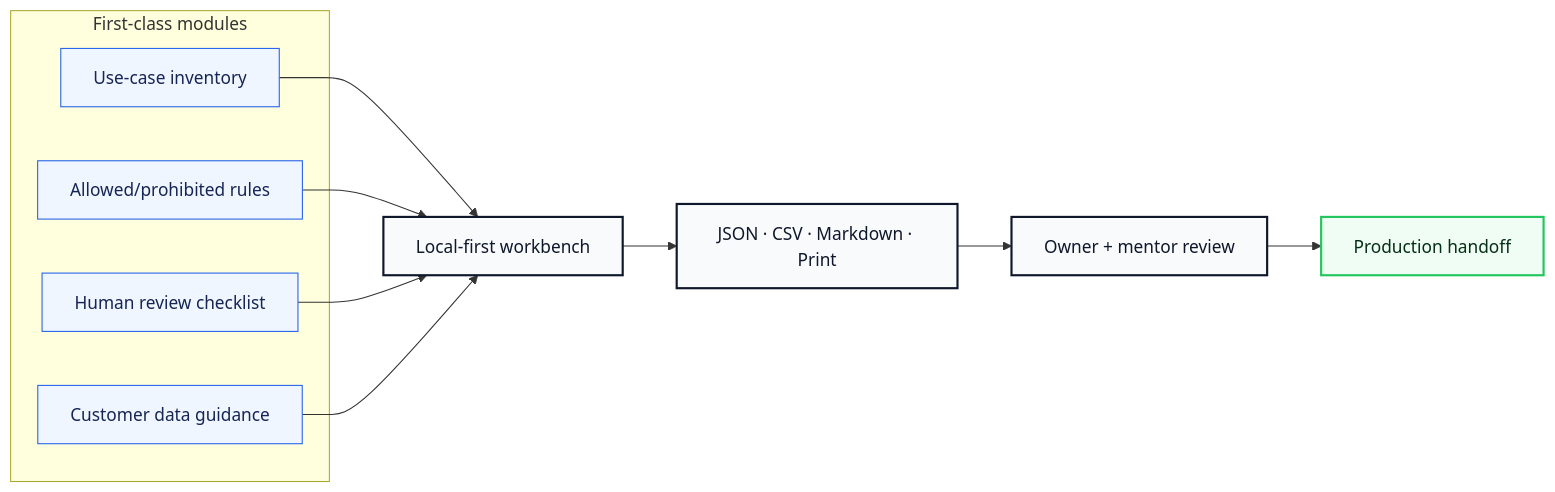
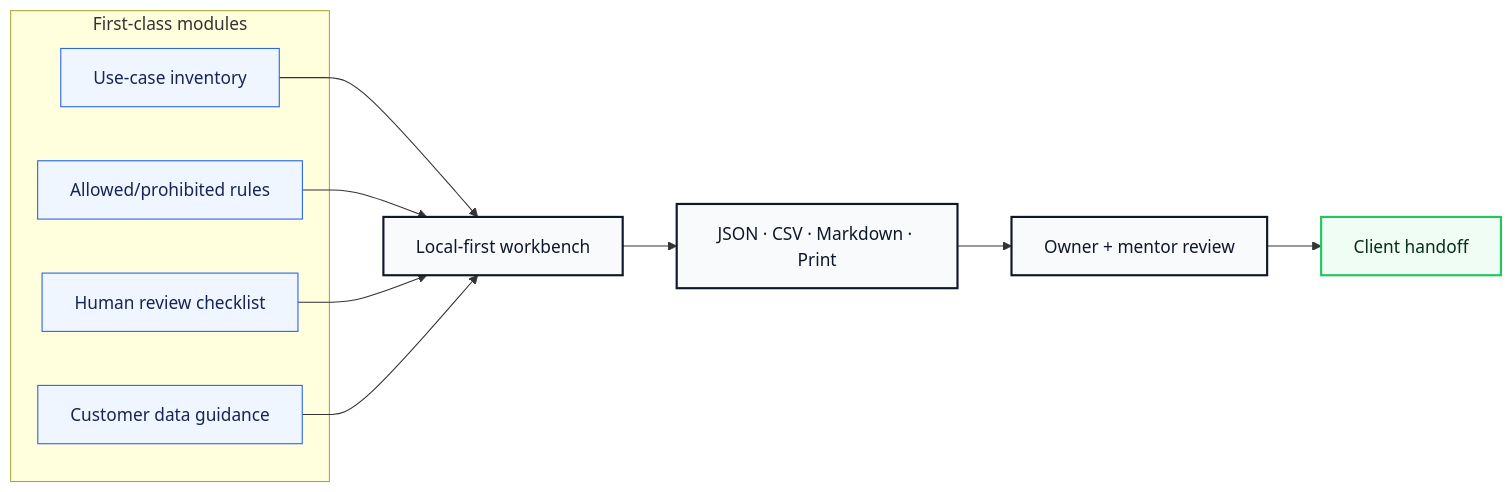
Before and after one commit to volta-npo/ai-policy-starter: the second of 3 diagrams in README.md, drawn with Mermaid. The commit also changed other lines of this file and 28 other files, not shown here.

````diff
--- a/README.md
+++ b/README.md
@@ -64,23 +64,23 @@
 ```mermaid
 flowchart LR
     subgraph Modules["First-class modules"]
         M1["Use-case inventory"]
         M2["Allowed/prohibited rules"]
         M3["Human review checklist"]
         M4["Customer data guidance"]
     end
     M1 --> Workbench
     M2 --> Workbench
     M3 --> Workbench
     M4 --> Workbench
     Workbench["Local-first workbench"] --> Exports["JSON · CSV · Markdown · Print"]
     Exports --> Review["Owner + mentor review"]
-    Review --> Launch["Production handoff"]
+    Review --> Launch["Client handoff"]
 
     classDef module fill:#eff6ff,stroke:#2563eb,color:#172554;
     classDef app fill:#f8fafc,stroke:#0f172a,color:#0f172a,stroke-width:2px;
     classDef launch fill:#f0fdf4,stroke:#22c55e,color:#052e16,stroke-width:2px;
     class M1,M2,M3,M4 module;
     class Workbench,Exports,Review app;
     class Launch launch;
 ```
````
